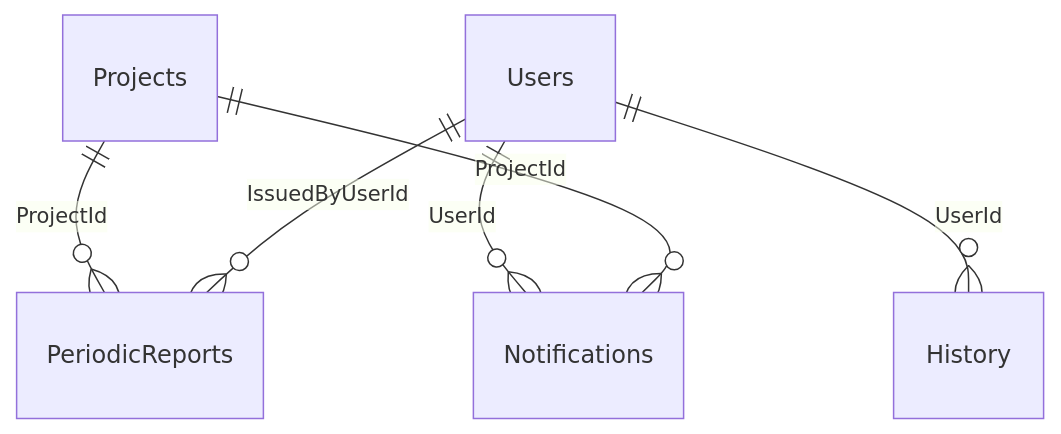
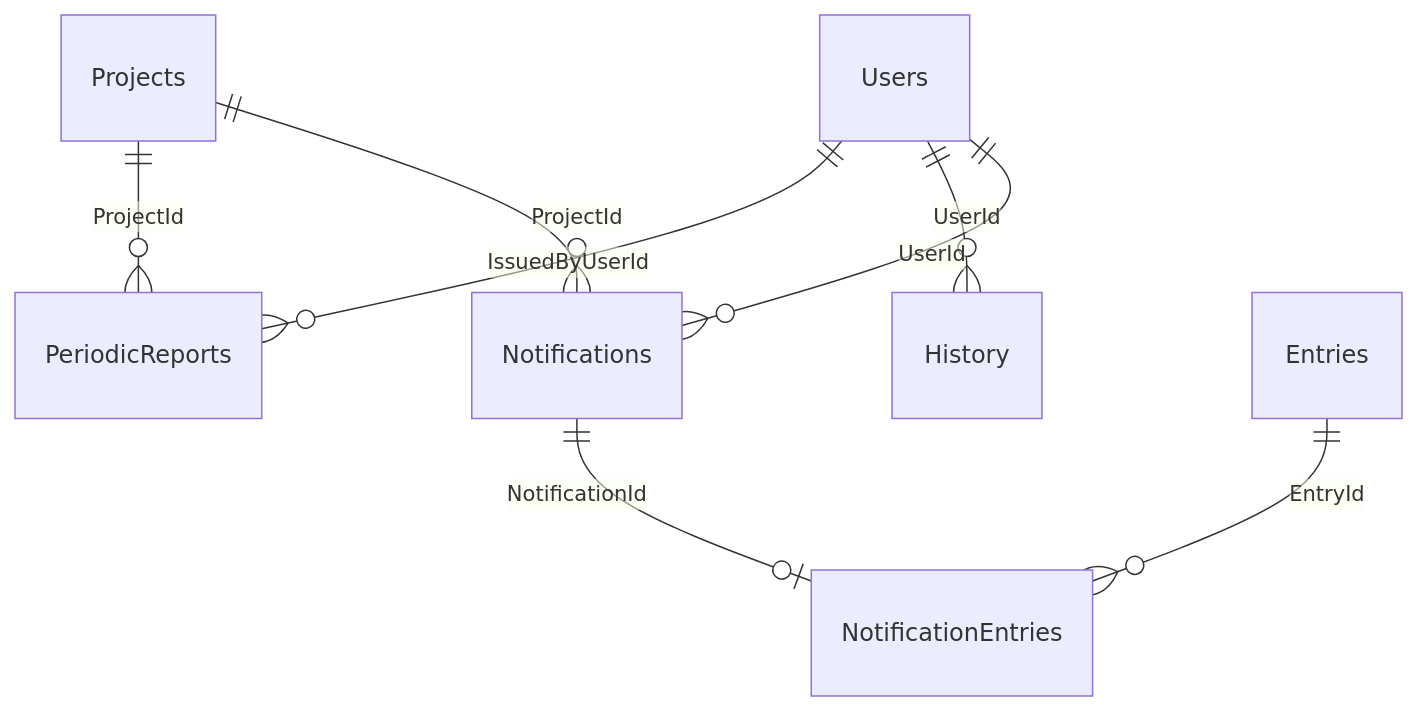
One commit to MutebAlMughyiri/redix-api changed the seventh of 8 diagrams in docs/database.md. Above: the diagram before and after it, drawn with Mermaid. The commit also changed other lines of this file and 26 other files, not shown here.

````diff
--- a/docs/database.md
+++ b/docs/database.md
@@ -938,8 +968,10 @@
 ```mermaid
 erDiagram
     Projects ||--o{ PeriodicReports : "ProjectId"
     Users ||--o{ PeriodicReports : "IssuedByUserId"
     Users ||--o{ History : "UserId"
     Users ||--o{ Notifications : "UserId"
     Projects ||--o{ Notifications : "ProjectId"
+    Notifications ||--o| NotificationEntries : "NotificationId"
+    Entries ||--o{ NotificationEntries : "EntryId"
 ```
````
